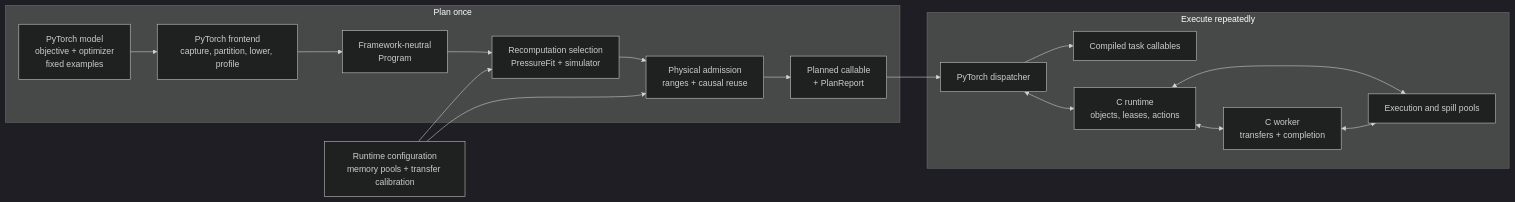
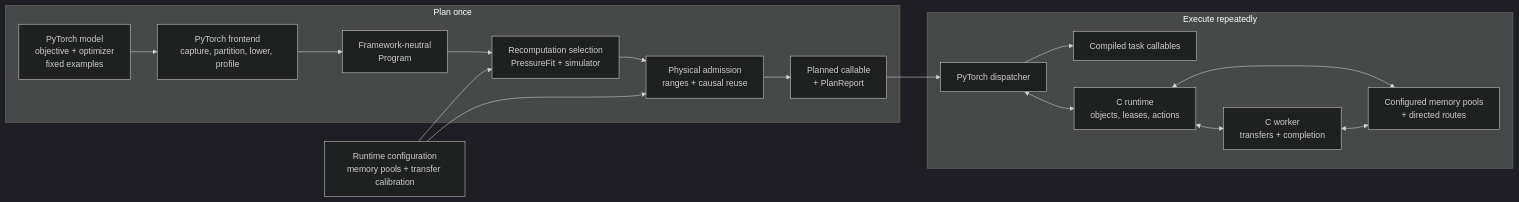
One commit to als244/shadowspill changed the first of 3 diagrams in docs/architecture/overview.md. Above: the diagram before and after it, drawn with Mermaid (dark theme). The commit also changed other lines of this file and 7 other files, not shown here.

````diff
--- a/docs/architecture/overview.md
+++ b/docs/architecture/overview.md
@@ -28,33 +28,33 @@
 ```mermaid
 flowchart LR
     subgraph plan["Plan once"]
         inputs["PyTorch model<br/>objective + optimizer<br/>fixed examples"]
         frontend["PyTorch frontend<br/>capture, partition, lower, profile"]
         program["Framework-neutral<br/>Program"]
         planner["Recomputation selection<br/>PressureFit + simulator"]
         admission["Physical admission<br/>ranges + causal reuse"]
         materialize["Planned callable<br/>+ PlanReport"]
 
         inputs --> frontend --> program --> planner --> admission --> materialize
     end
 
     runtime_config["Runtime configuration<br/>memory pools + transfer calibration"]
     runtime_config --> planner
     runtime_config --> admission
 
     subgraph execute["Execute repeatedly"]
         dispatcher["PyTorch dispatcher"]
         compiled["Compiled task callables"]
         runtime["C runtime<br/>objects, leases, actions"]
         worker["C worker<br/>transfers + completion"]
-        pools["Execution and spill pools"]
+        pools["Configured memory pools<br/>+ directed routes"]
 
         dispatcher --> compiled
         dispatcher <--> runtime
         runtime <--> worker
         runtime <--> pools
         worker <--> pools
     end
 
     materialize --> dispatcher
 ```
````
